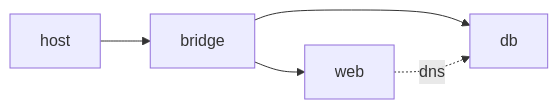
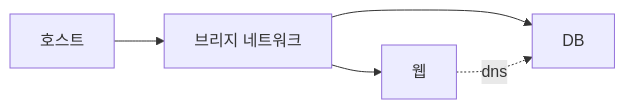
One commit to yeongseon-books/book-content changed the diagram in content/containers-101/ko/06-network.md. Above: the diagram before and after it, drawn with Mermaid. The commit also changed other lines of this file and 4 other files, not shown here.

````diff
--- a/content/containers-101/ko/06-network.md
+++ b/content/containers-101/ko/06-network.md
@@ -33,7 +47,7 @@
 ```mermaid
 flowchart LR
-    Host["host"] --> Bridge["bridge"]
-    Bridge --> C1["web"]
-    Bridge --> C2["db"]
+    Host["호스트"] --> Bridge["브리지 네트워크"]
+    Bridge --> C1["웹"]
+    Bridge --> C2["DB"]
     C1 -. dns .-> C2
 ```
````
